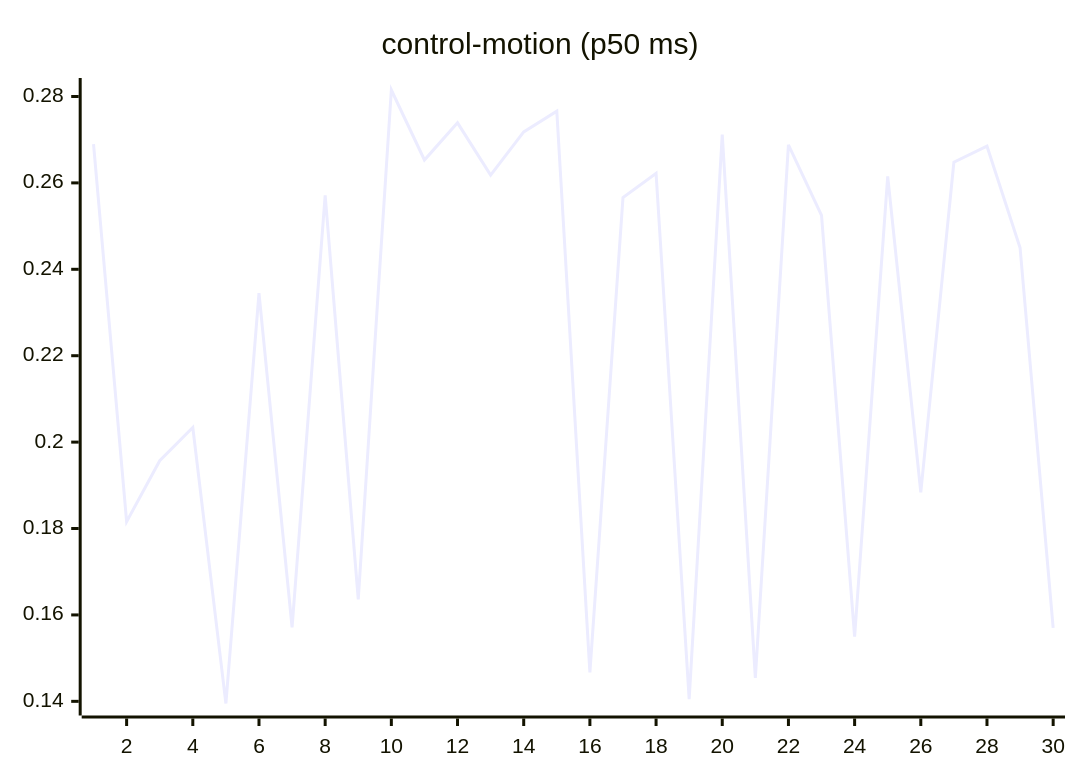
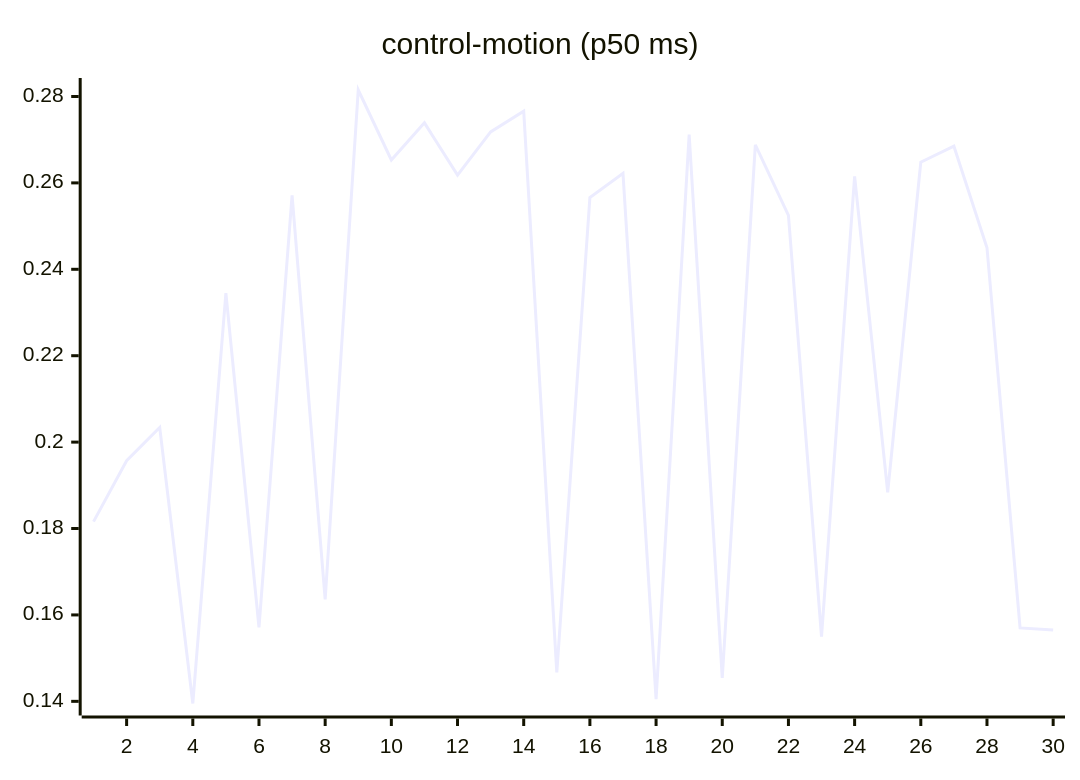
Before and after one commit to josha/Facet: the seventh of 27 diagrams in README.md, drawn with Mermaid. The commit also changed other lines of this file and 2 other files, not shown here.

````diff
--- a/README.md
+++ b/README.md
@@ -105,6 +105,6 @@
 ```mermaid
 xychart-beta
     title "control-motion (p50 ms)"
     x-axis 1 --> 30
-    line [0.2690, 0.1816, 0.1957, 0.2034, 0.1395, 0.2345, 0.1571, 0.2571, 0.1636, 0.2815, 0.2653, 0.2739, 0.2618, 0.2718, 0.2766, 0.1467, 0.2566, 0.2622, 0.1405, 0.2712, 0.1454, 0.2688, 0.2525, 0.1550, 0.2615, 0.1884, 0.2648, 0.2685, 0.2450, 0.1570]
+    line [0.1816, 0.1957, 0.2034, 0.1395, 0.2345, 0.1571, 0.2571, 0.1636, 0.2815, 0.2653, 0.2739, 0.2618, 0.2718, 0.2766, 0.1467, 0.2566, 0.2622, 0.1405, 0.2712, 0.1454, 0.2688, 0.2525, 0.1550, 0.2615, 0.1884, 0.2648, 0.2685, 0.2450, 0.1570, 0.1565]
 ```
````
